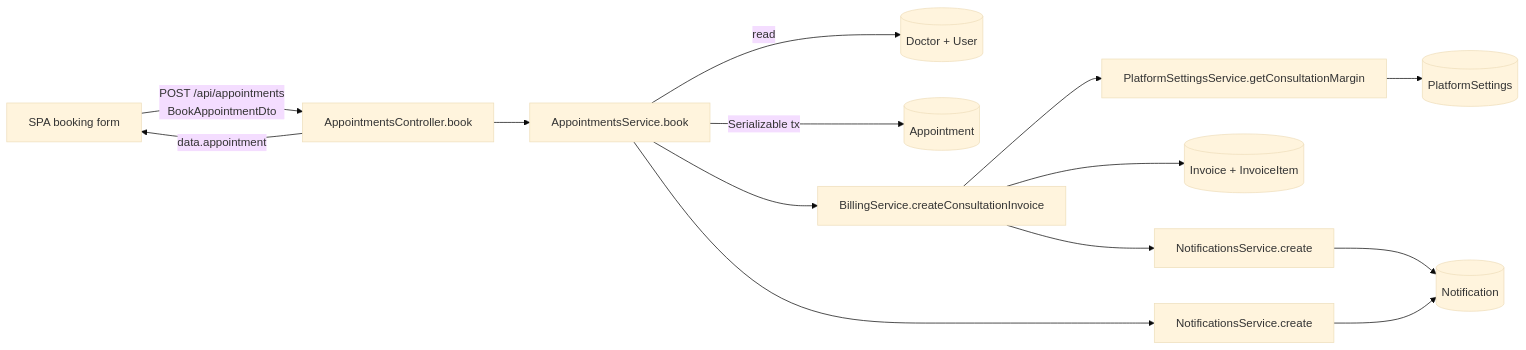
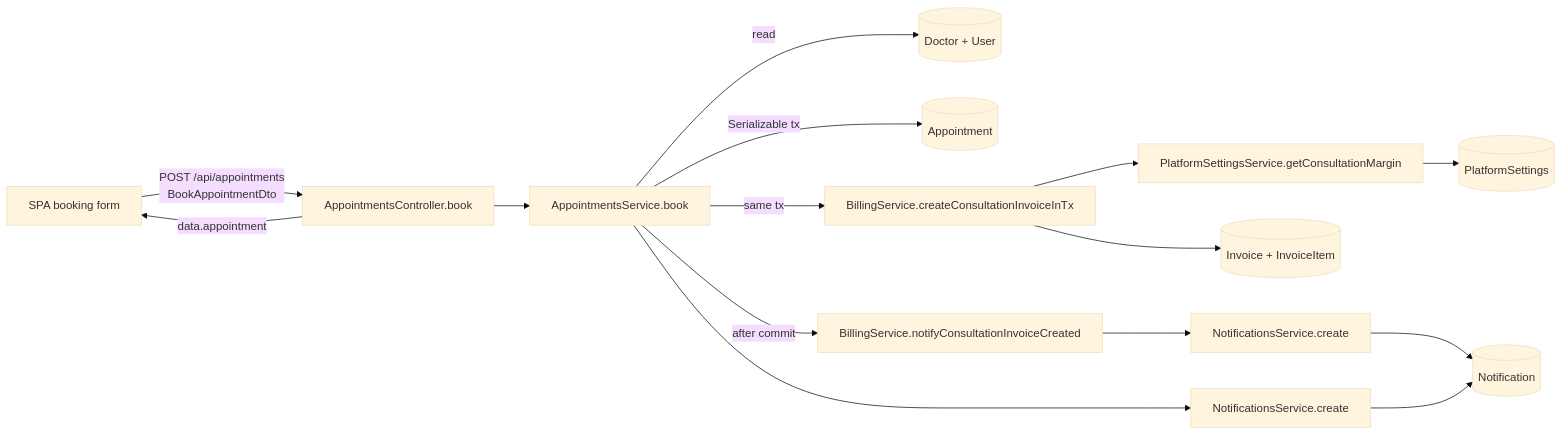
One commit to muhammadhamd56-cloud/hospital-management-system changed the sixth of 38 diagrams in backend/api/ARCHITECTURE.md. Above: the diagram before and after it, drawn with Mermaid (base theme). The commit also changed other lines of this file and 13 other files, not shown here.

First line of the commit message:
docs: document the Ollama-based Admin AI and correct stale architecture gaps

````diff
--- a/backend/api/ARCHITECTURE.md
+++ b/backend/api/ARCHITECTURE.md
@@ -400,16 +402,17 @@
 ```mermaid
 flowchart LR
   UI["SPA booking form"] -->|"POST /api/appointments<br/>BookAppointmentDto"| AC["AppointmentsController.book"]
   AC --> AS["AppointmentsService.book"]
   AS -->|"read"| Doc[("Doctor + User")]
   AS -->|"Serializable tx"| Appt[("Appointment")]
-  AS --> BS["BillingService.createConsultationInvoice"]
+  AS -->|"same tx"| BS["BillingService.createConsultationInvoiceInTx"]
   BS --> PS["PlatformSettingsService.getConsultationMargin"]
   PS --> Set[("PlatformSettings")]
   BS --> Inv[("Invoice + InvoiceItem")]
-  BS --> NS1["NotificationsService.create"]
+  AS -->|"after commit"| BN["BillingService.notifyConsultationInvoiceCreated"]
+  BN --> NS1["NotificationsService.create"]
   AS --> NS2["NotificationsService.create"]
   NS1 --> Notif[("Notification")]
   NS2 --> Notif
   AC -->|"data.appointment"| UI
 ```
````
